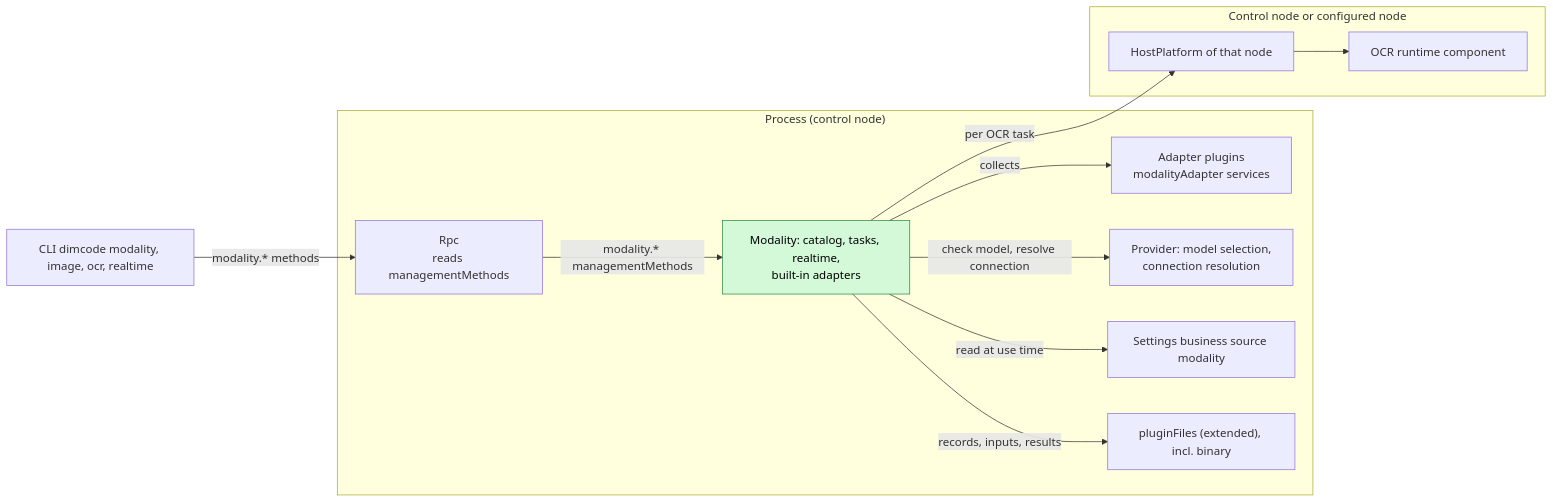
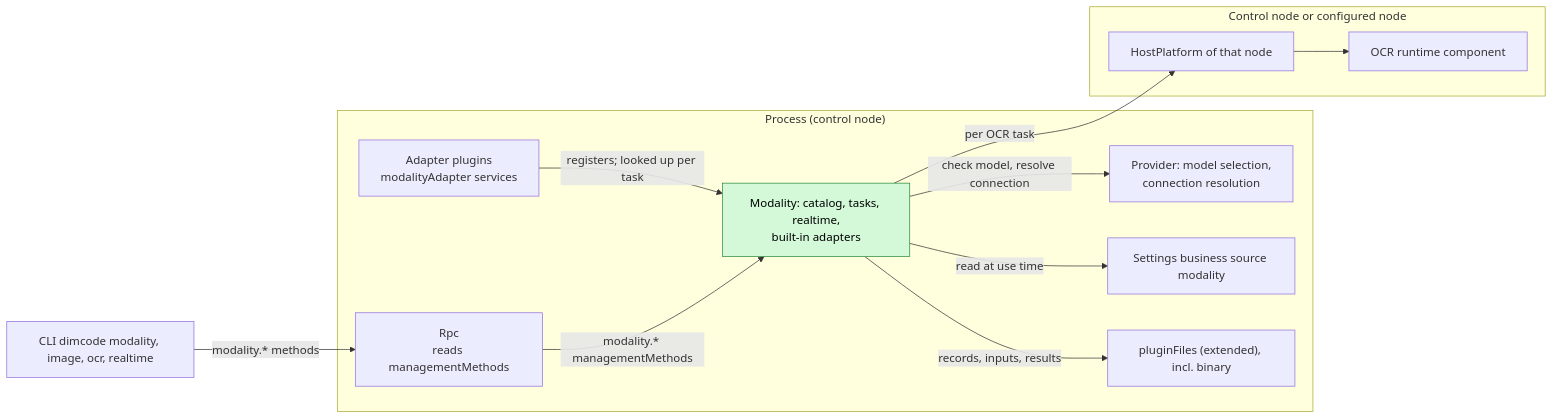
Before and after one commit to CoutinhoTTS/dim-agent: the first of 6 diagrams in docs/design/plugins/Modality.md, drawn with Mermaid. The commit also changed other lines of this file and 1 other file, not shown here.

````diff
--- a/docs/design/plugins/Modality.md
+++ b/docs/design/plugins/Modality.md
@@ -13,25 +13,25 @@
 ```mermaid
 flowchart LR
   subgraph PROC["Process (control node)"]
     Mod["Modality: catalog, tasks, realtime,<br/>built-in adapters"]:::new
     AdPlug["Adapter plugins<br/>modalityAdapter services"]
     Rpc["Rpc<br/>reads managementMethods"]
     Prov["Provider: model selection,<br/>connection resolution"]
     Set["Settings business source modality"]
     Store["pluginFiles (extended), incl. binary"]
   end
   subgraph NODE["Control node or configured node"]
     HP["HostPlatform of that node"]
     OCR["OCR runtime component"]
   end
   CLI["CLI dimcode modality, image, ocr, realtime"]
-  Mod -->|"collects"| AdPlug
+  AdPlug -->|"registers; looked up per task"| Mod
   Mod -->|"per OCR task"| HP
   HP --> OCR
   Mod -->|"check model, resolve connection"| Prov
   Mod -->|"records, inputs, results"| Store
   Mod -->|"read at use time"| Set
   Rpc -->|"modality.* managementMethods"| Mod
   CLI -->|"modality.* methods"| Rpc
   classDef new fill:#d3f9d8,stroke:#2b8a3e,color:#000
 ```
````
